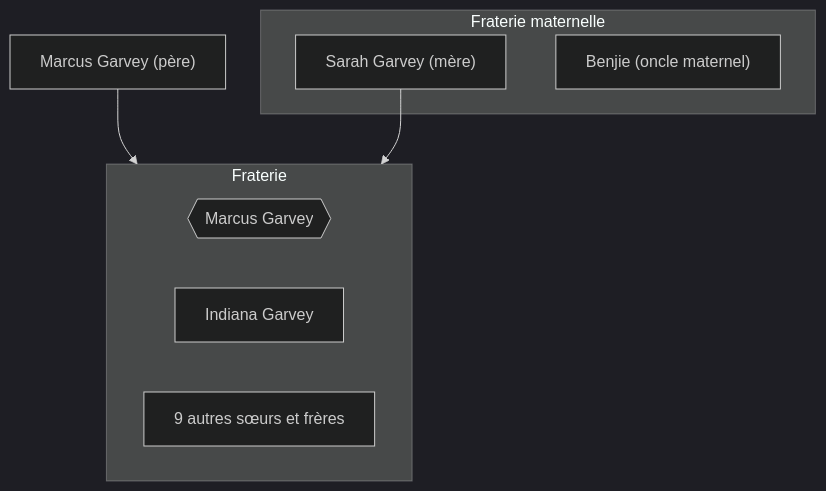
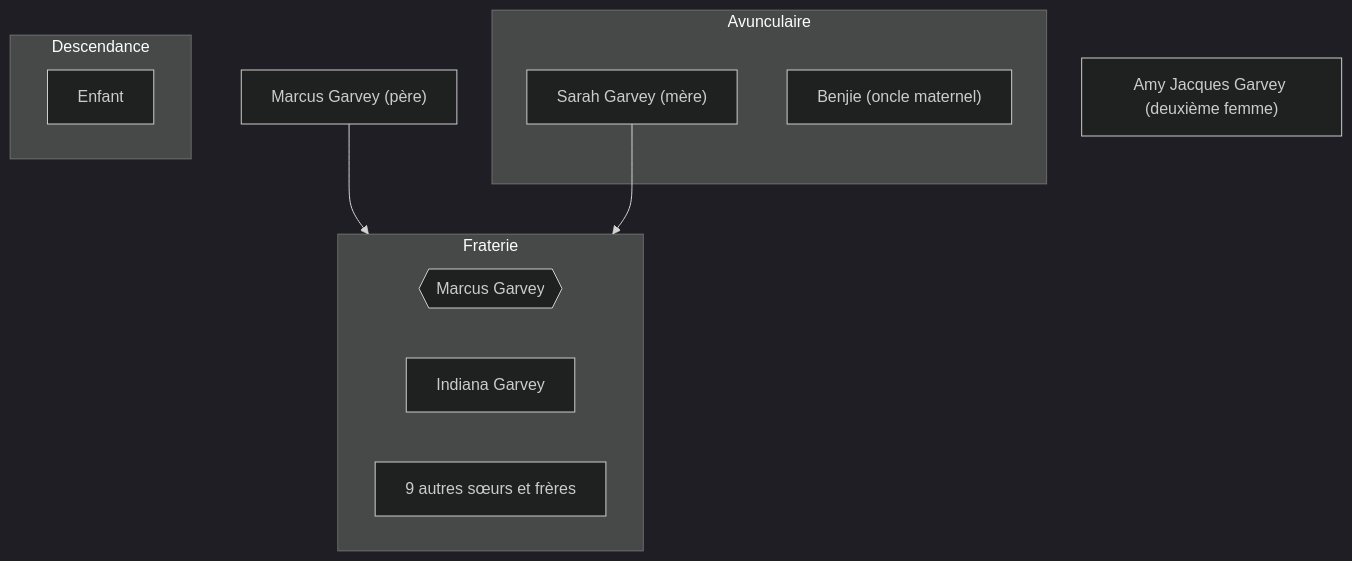
The diagram in en-cours/personnalite/homme/polymathe/caraibes/midi/colonie/xamayca/marcus-gavey.md (ba-moun/Ba-Moun-Save), drawn with Mermaid (dark theme) before and after one commit. The commit also changed other lines of this file, not shown here.

Commit message:
docs: update en-cours/personnalite/homme/polymathe/caraibes/midi/colonie/xamayca/marcus-gavey

````diff
--- a/en-cours/personnalite/homme/polymathe/caraibes/midi/colonie/xamayca/marcus-gavey.md
+++ b/en-cours/personnalite/homme/polymathe/caraibes/midi/colonie/xamayca/marcus-gavey.md
@@ -34,19 +34,24 @@
 ```mermaid
 flowchart TD
    id0["Marcus Garvey (père)"]
+   id7["Amy Jacques Garvey (deuxième femme)"]
    
    subgraph Fraterie
       id1{{Marcus Garvey}}
       id3[Indiana Garvey]
       id4[9 autres sœurs et frères]
    end
    
-   subgraph Fraterie maternelle
+   subgraph Avunculaire
       id2["Sarah Garvey (mère)"]
       id6["Benjie (oncle maternel)"]
    end
    
+   subgraph Descendance
+      id8[Enfant]
+   end
+   
    id0 --> Fraterie
    id2 --> Fraterie
-      
+
 ```
````
